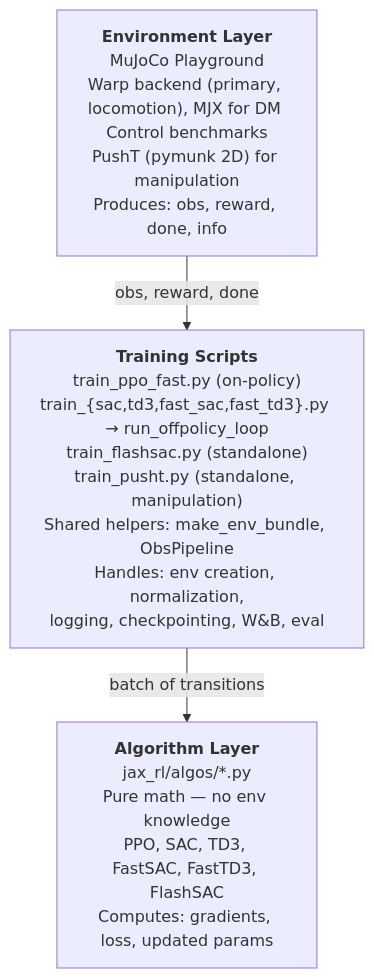
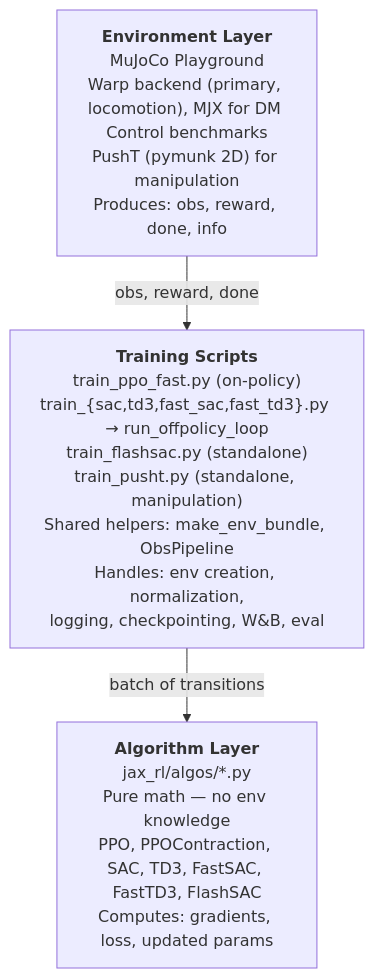
The diagram in docs/reference/architecture.md (stevenwman/jax-learning), drawn with Mermaid before and after one commit. The commit also changed 15 other files, not shown here.

````diff
--- a/docs/reference/architecture.md
+++ b/docs/reference/architecture.md
@@ -7,9 +7,9 @@
 ```mermaid
 flowchart TD
     ENV["<b>Environment Layer</b><br/>MuJoCo Playground<br/>Warp backend (primary, locomotion), MJX for DM Control benchmarks<br/>PushT (pymunk 2D) for manipulation<br/>Produces: obs, reward, done, info"]
     TRAIN["<b>Training Scripts</b><br/>train_ppo_fast.py (on-policy)<br/>train_{sac,td3,fast_sac,fast_td3}.py → run_offpolicy_loop<br/>train_flashsac.py (standalone)<br/>train_pusht.py (standalone, manipulation)<br/>Shared helpers: make_env_bundle, ObsPipeline<br/>Handles: env creation, normalization,<br/>logging, checkpointing, W&B, eval"]
-    ALGO["<b>Algorithm Layer</b><br/>jax_rl/algos/*.py<br/>Pure math — no env knowledge<br/>PPO, SAC, TD3, FastSAC, FastTD3, FlashSAC<br/>Computes: gradients, loss, updated params"]
+    ALGO["<b>Algorithm Layer</b><br/>jax_rl/algos/*.py<br/>Pure math — no env knowledge<br/>PPO, PPOContraction, SAC, TD3, FastSAC, FastTD3, FlashSAC<br/>Computes: gradients, loss, updated params"]
 
     ENV -->|"obs, reward, done"| TRAIN
     TRAIN -->|"batch of transitions"| ALGO
 ```
````
